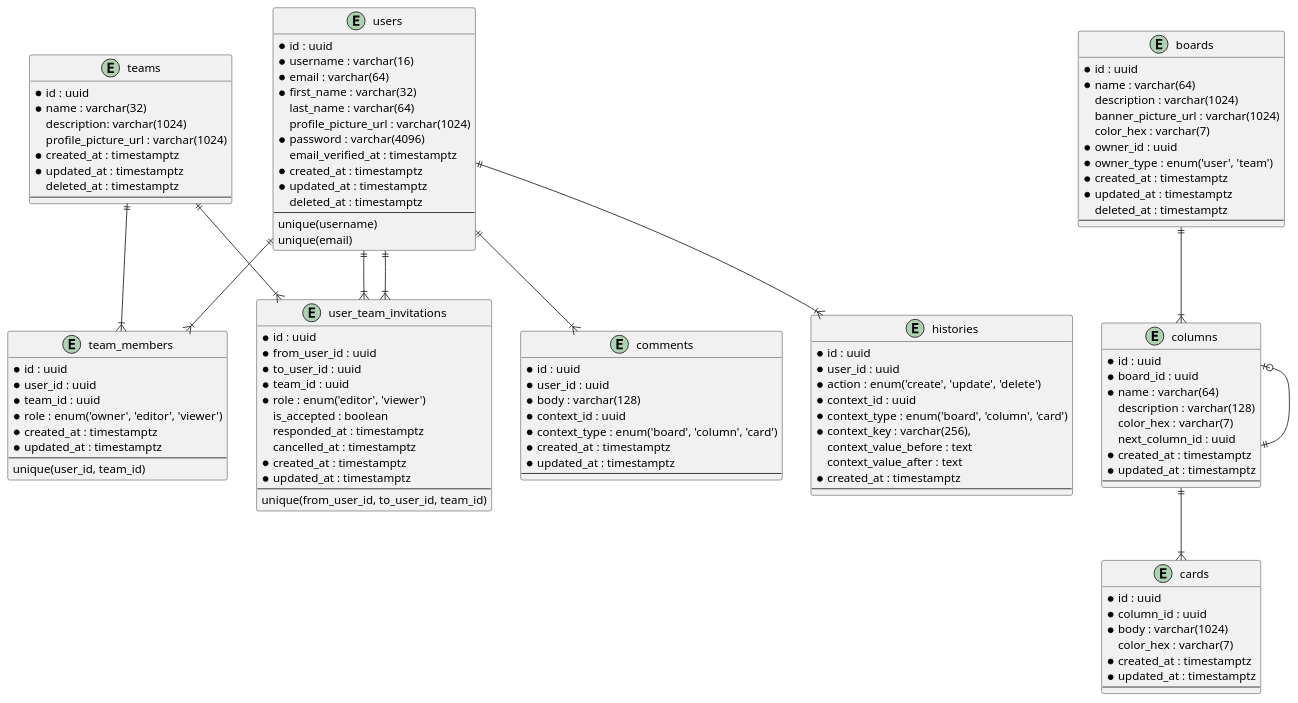
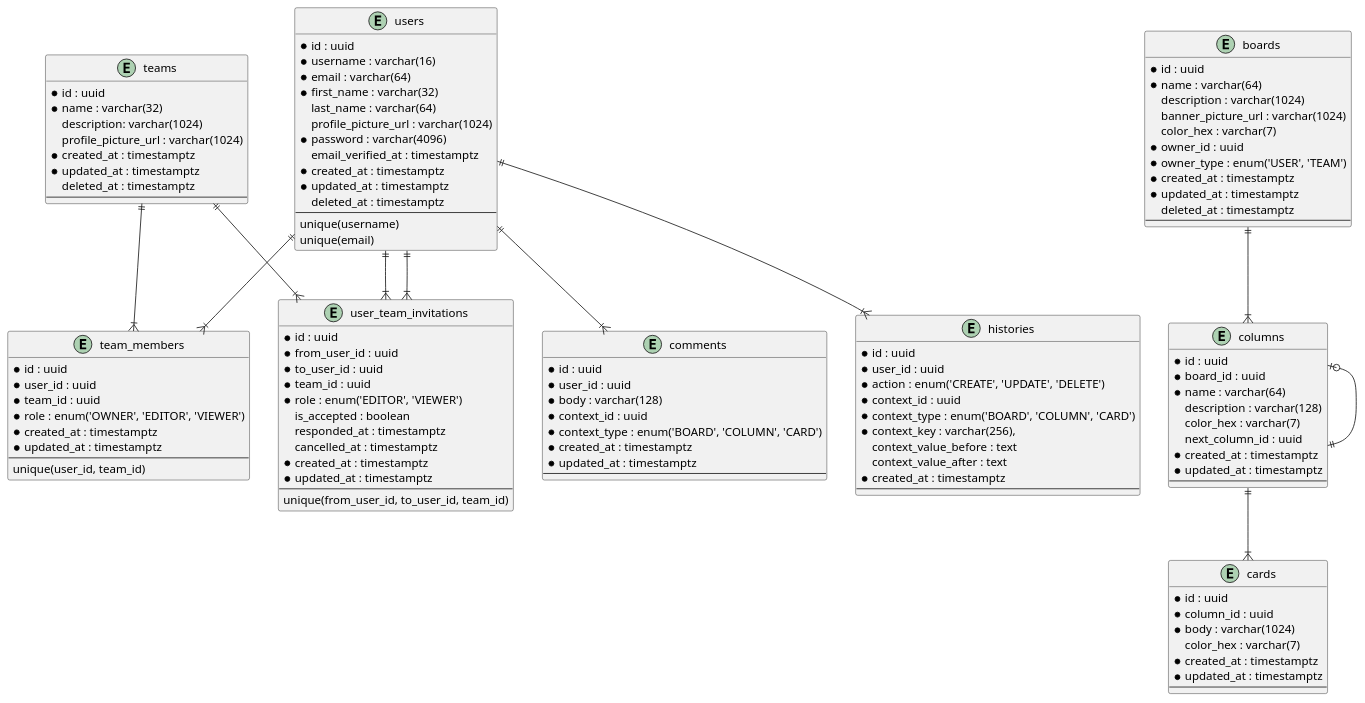
One commit to stackpan/tasque-server changed the diagram in docs/database/schema.puml. Above: the diagram before and after it, drawn with PlantUML. The commit also changed 8 other files, not shown here.

Commit message:
Database schema 1.2

```diff
--- a/docs/database/schema.puml
+++ b/docs/database/schema.puml
@@ -1,128 +1,128 @@
 @startuml Tasque database schema
 
 entity users {
     * id : uuid
     * username : varchar(16)
     * email : varchar(64)
     * first_name : varchar(32)
     last_name : varchar(64)
     profile_picture_url : varchar(1024)
     * password : varchar(4096)
     email_verified_at : timestamptz
     * created_at : timestamptz
     * updated_at : timestamptz
     deleted_at : timestamptz
     --
     unique(username)
     unique(email)
 }
 
 entity teams {
     * id : uuid
     * name : varchar(32)
     description: varchar(1024)
     profile_picture_url : varchar(1024)
     * created_at : timestamptz
     * updated_at : timestamptz
     deleted_at : timestamptz
     --
 }
 
 entity team_members {
     * id : uuid
     * user_id : uuid
     * team_id : uuid
-    * role : enum('owner', 'editor', 'viewer')
+    * role : enum('OWNER', 'EDITOR', 'VIEWER')
     * created_at : timestamptz
     * updated_at : timestamptz
     --
     unique(user_id, team_id)
 }
 
 entity user_team_invitations {
     * id : uuid
     * from_user_id : uuid
     * to_user_id : uuid
     * team_id : uuid
-    * role : enum('editor', 'viewer')
+    * role : enum('EDITOR', 'VIEWER')
     is_accepted : boolean
     responded_at : timestamptz
     cancelled_at : timestamptz
     * created_at : timestamptz
     * updated_at : timestamptz
     --
     unique(from_user_id, to_user_id, team_id)
 }
 
 entity boards {
     * id : uuid
     * name : varchar(64)
     description : varchar(1024)
     banner_picture_url : varchar(1024)
     color_hex : varchar(7)
     * owner_id : uuid
-    * owner_type : enum('user', 'team')
+    * owner_type : enum('USER', 'TEAM')
     * created_at : timestamptz
     * updated_at : timestamptz
     deleted_at : timestamptz
     --
 }
 
 entity columns {
     * id : uuid
     * board_id : uuid
     * name : varchar(64)
     description : varchar(128)
     color_hex : varchar(7)
     next_column_id : uuid
     * created_at : timestamptz
     * updated_at : timestamptz
     --
 }
 
 entity cards {
     * id : uuid
     * column_id : uuid
     * body : varchar(1024)
     color_hex : varchar(7)
     * created_at : timestamptz
     * updated_at : timestamptz
     --
 }
 
 entity comments {
     * id : uuid
     * user_id : uuid
     * body : varchar(128)
     * context_id : uuid
-    * context_type : enum('board', 'column', 'card')
+    * context_type : enum('BOARD', 'COLUMN', 'CARD')
     * created_at : timestamptz
     * updated_at : timestamptz
     --
 }
 
 entity histories {
     * id : uuid
     * user_id : uuid
-    * action : enum('create', 'update', 'delete')
+    * action : enum('CREATE', 'UPDATE', 'DELETE')
     * context_id : uuid
-    * context_type : enum('board', 'column', 'card')
+    * context_type : enum('BOARD', 'COLUMN', 'CARD')
     * context_key : varchar(256),
     context_value_before : text
     context_value_after : text
     * created_at : timestamptz
     --
 }
 
 users ||--|{ team_members
 teams ||--|{ team_members
 users ||--|{ user_team_invitations
 users ||--|{ user_team_invitations
 teams ||--|{ user_team_invitations
 boards ||--|{ columns
 columns |o--|| columns
 columns ||--|{ cards
 users ||--|{ comments
 users ||--|{ histories
 
 @enduml
```
